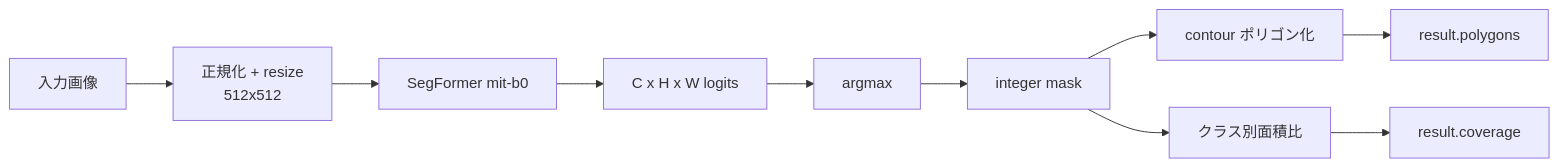
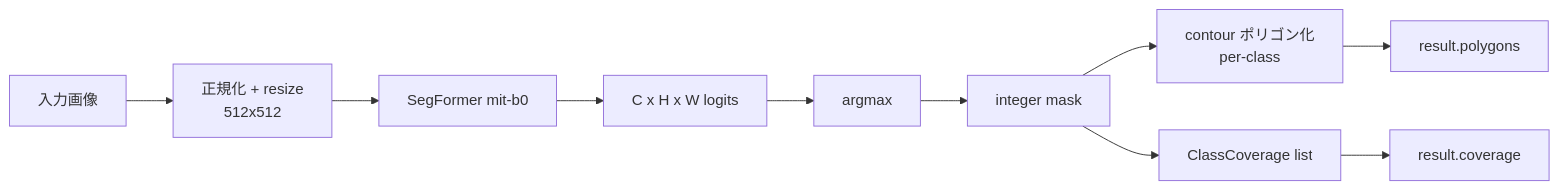
The diagram in frontend/content/docs/pipelines/segformer.md (koyonx/tools_for_plants_research), drawn with Mermaid before and after one commit. The commit also changed other lines of this file and 17 other files, not shown here.

````diff
--- a/frontend/content/docs/pipelines/segformer.md
+++ b/frontend/content/docs/pipelines/segformer.md
@@ -30,12 +49,12 @@
 ```mermaid
 flowchart LR
     IMG[入力画像] --> PRE[正規化 + resize<br/>512x512]
     PRE --> MODEL[SegFormer mit-b0]
     MODEL --> LOGITS[C x H x W logits]
     LOGITS --> ARGMAX[argmax]
     ARGMAX --> MASK[integer mask]
-    MASK --> POLY[contour ポリゴン化]
-    MASK --> COV[クラス別面積比]
+    MASK --> POLY[contour ポリゴン化<br/>per-class]
+    MASK --> COV[ClassCoverage list]
     POLY --> OUT[result.polygons]
     COV --> OUT2[result.coverage]
 ```
````
